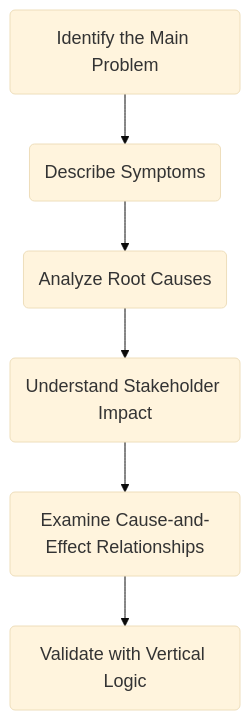
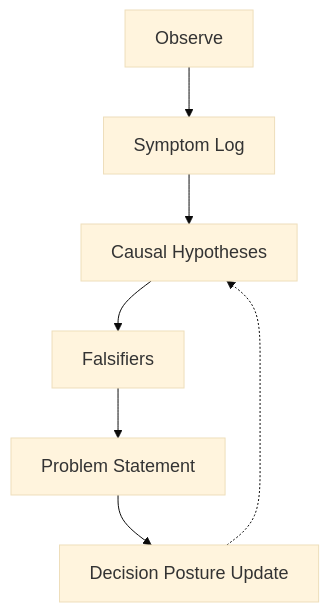
Before and after one commit to micro-canvas-framework/micro-canvas-framework.github.io: the diagram in docs/book/phase-2/12-ProblemsAndOKRs.md, drawn with Mermaid. The commit also changed other lines of this file and 2 other files, not shown here.

Commit message:
docs(book): refactor ch12 problem definition and okrs to phase 2 layering

````diff
--- a/docs/book/phase-2/12-ProblemsAndOKRs.md
+++ b/docs/book/phase-2/12-ProblemsAndOKRs.md
@@ -148,9 +98,10 @@
 ```mermaid
-%%{init: {"theme":"base","themeVariables":{"fontSize":"18px"} } }%%
-    flowchart TB
-    A(Identify the Main Problem) --> B(Describe Symptoms)
-    B --> C(Analyze Root Causes)
-    C --> D(Understand Stakeholder Impact)
-    D --> E(Examine Cause-and-Effect Relationships)
-    E --> F(Validate with Vertical Logic)
- ```    
+%%{init: {"theme":"base","themeVariables":{"fontSize":"18px"}} }%%
+flowchart TB
+  A[Observe] --> B[Symptom Log]
+  B --> C[Causal Hypotheses]
+  C --> D[Falsifiers]
+  D --> E[Problem Statement]
+  E --> F[Decision Posture Update]
+  F -.-> C
+```
````
